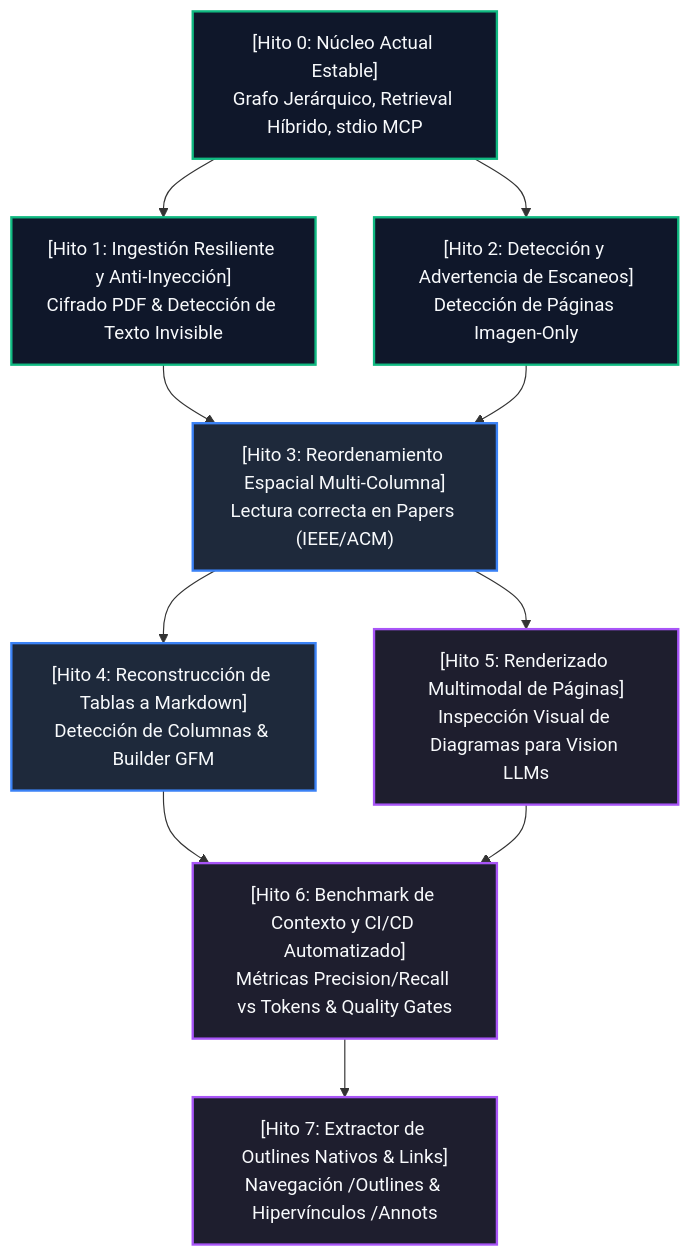
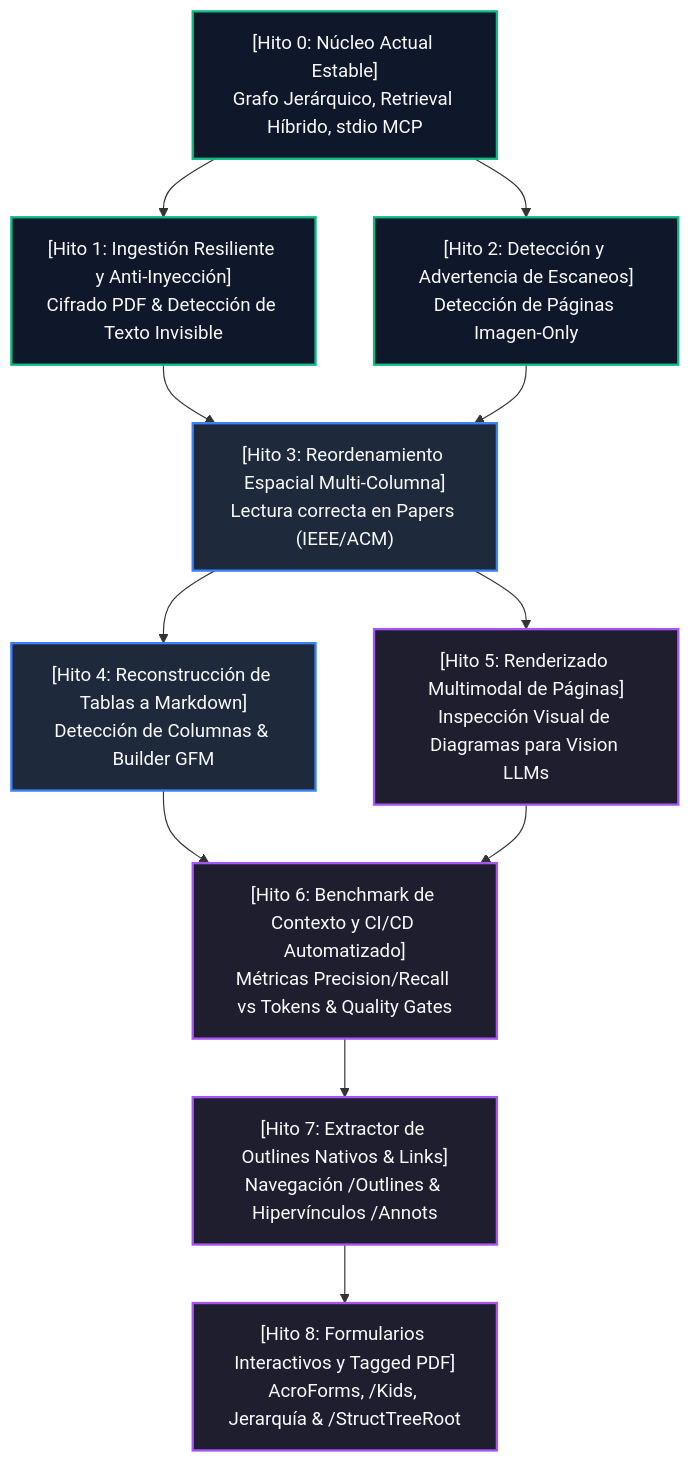
Before and after one commit to yoiberdev/docugraph-mcp: the diagram in docs/milestones-roadmap.md, drawn with Mermaid.

Commit message:
docs(roadmap): update DAG diagram with milestone 8

````diff
--- a/docs/milestones-roadmap.md
+++ b/docs/milestones-roadmap.md
@@ -17,25 +17,27 @@
 ```mermaid
 graph TD
     classDef milestone fill:#1e293b,stroke:#3b82f6,stroke-width:2px,color:#f8fafc;
     classDef foundation fill:#0f172a,stroke:#10b981,stroke-width:2px,color:#f8fafc;
     classDef advanced fill:#1e1e2e,stroke:#a855f7,stroke-width:2px,color:#f8fafc;
 
     M0["[Hito 0: Núcleo Actual Estable]<br/>Grafo Jerárquico, Retrieval Híbrido, stdio MCP"]:::foundation
     M1["[Hito 1: Ingestión Resiliente y Anti-Inyección]<br/>Cifrado PDF & Detección de Texto Invisible"]:::foundation
     M2["[Hito 2: Detección y Advertencia de Escaneos]<br/>Detección de Páginas Imagen-Only"]:::foundation
     M3["[Hito 3: Reordenamiento Espacial Multi-Columna]<br/>Lectura correcta en Papers (IEEE/ACM)"]:::milestone
     M4["[Hito 4: Reconstrucción de Tablas a Markdown]<br/>Detección de Columnas & Builder GFM"]:::milestone
     M5["[Hito 5: Renderizado Multimodal de Páginas]<br/>Inspección Visual de Diagramas para Vision LLMs"]:::advanced
     M6["[Hito 6: Benchmark de Contexto y CI/CD Automatizado]<br/>Métricas Precision/Recall vs Tokens & Quality Gates"]:::advanced
     M7["[Hito 7: Extractor de Outlines Nativos & Links]<br/>Navegación /Outlines & Hipervínculos /Annots"]:::advanced
+    M8["[Hito 8: Formularios Interactivos y Tagged PDF]<br/>AcroForms, /Kids, Jerarquía & /StructTreeRoot"]:::advanced
 
     M0 --> M1
     M0 --> M2
     M1 --> M3
     M2 --> M3
     M3 --> M4
     M3 --> M5
     M4 --> M6
     M5 --> M6
     M6 --> M7
+    M7 --> M8
 ```
````
